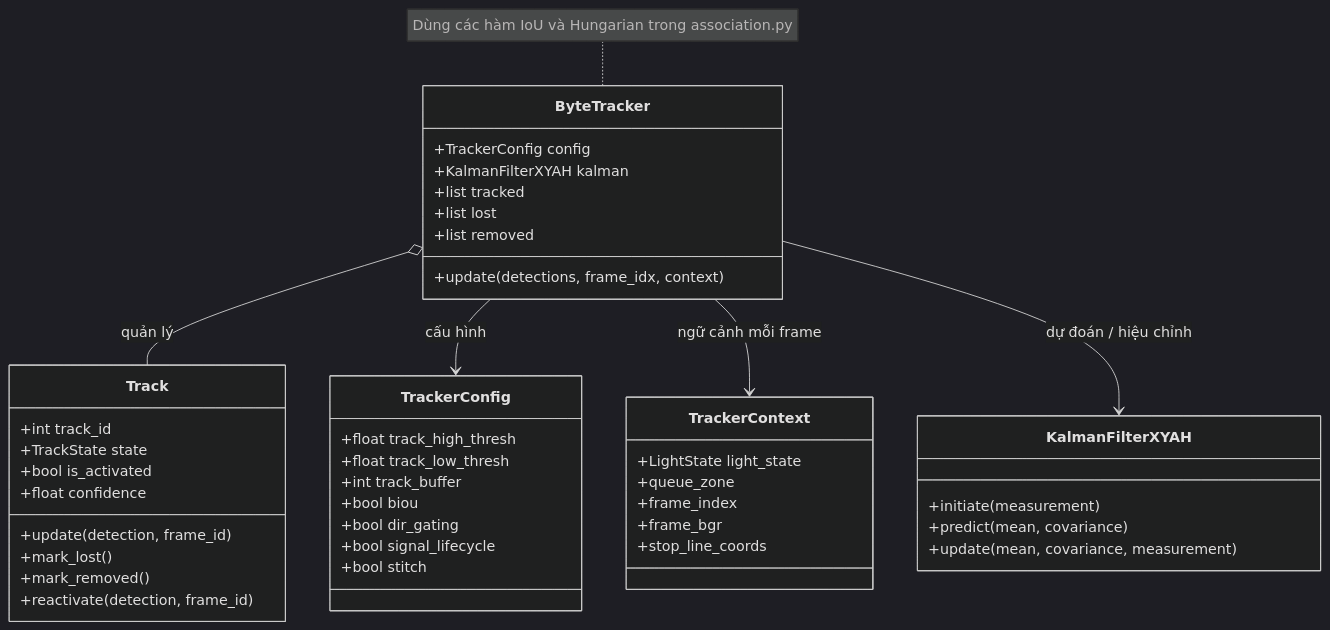
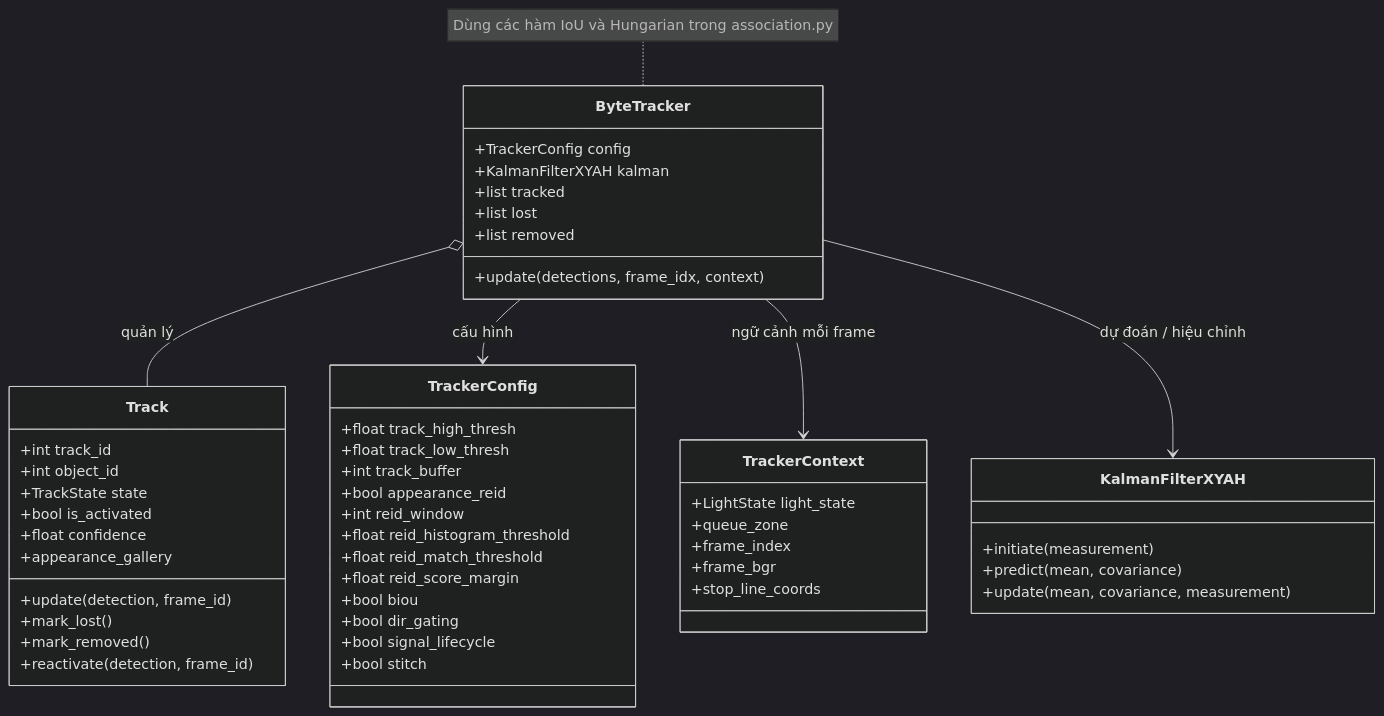
Before and after one commit to NVAnh050904/BCDATNN: the sixth of 15 diagrams in BAO_CAO_DO_AN_TOT_NGHIEP_MUC_LUC_0911.md, drawn with Mermaid (dark theme). The commit also changed other lines of this file and 10 other files, not shown here.

````diff
--- a/BAO_CAO_DO_AN_TOT_NGHIEP_MUC_LUC_0911.md
+++ b/BAO_CAO_DO_AN_TOT_NGHIEP_MUC_LUC_0911.md
@@ -522,47 +527,54 @@
 ```mermaid
 classDiagram
     class ByteTracker {
         +TrackerConfig config
         +KalmanFilterXYAH kalman
         +list tracked
         +list lost
         +list removed
         +update(detections, frame_idx, context)
     }
     class Track {
         +int track_id
+        +int object_id
         +TrackState state
         +bool is_activated
         +float confidence
+        +appearance_gallery
         +update(detection, frame_id)
         +mark_lost()
         +mark_removed()
         +reactivate(detection, frame_id)
     }
     class TrackerConfig {
         +float track_high_thresh
         +float track_low_thresh
         +int track_buffer
+        +bool appearance_reid
+        +int reid_window
+        +float reid_histogram_threshold
+        +float reid_match_threshold
+        +float reid_score_margin
         +bool biou
         +bool dir_gating
         +bool signal_lifecycle
         +bool stitch
     }
     class TrackerContext {
         +LightState light_state
         +queue_zone
         +frame_index
         +frame_bgr
         +stop_line_coords
     }
     class KalmanFilterXYAH {
         +initiate(measurement)
         +predict(mean, covariance)
         +update(mean, covariance, measurement)
     }
     ByteTracker o-- Track : quản lý
     ByteTracker --> TrackerConfig : cấu hình
     ByteTracker --> TrackerContext : ngữ cảnh mỗi frame
     ByteTracker --> KalmanFilterXYAH : dự đoán / hiệu chỉnh
     note for ByteTracker "Dùng các hàm IoU và Hungarian trong association.py"
 ```
````
